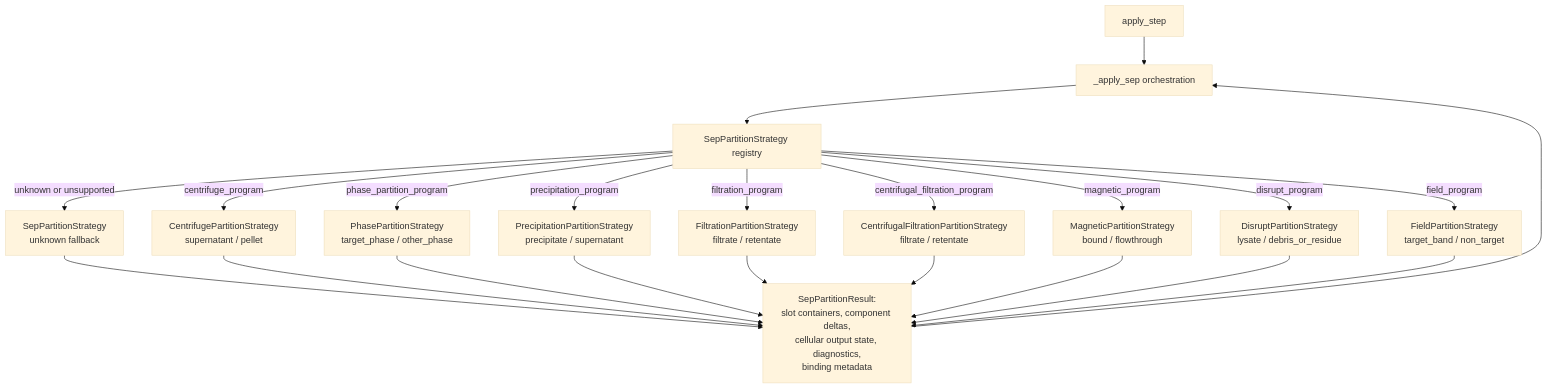
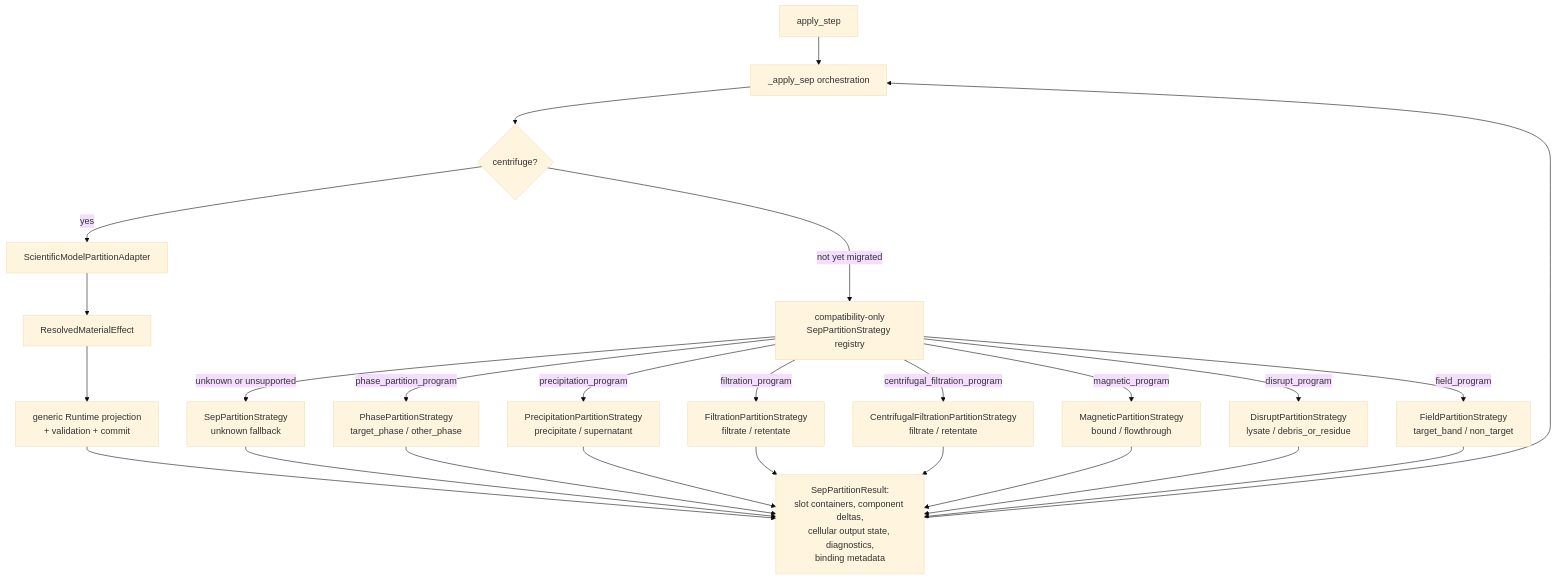
The eighth of 13 diagrams in docs/architecture/runtime_module_diagrams.md (culsma/culsma), drawn with Mermaid (base theme) before and after one commit. The commit also changed other lines of this file and 26 other files, not shown here.

Commit message:
feat(material): unify scientific model partition handoff

````diff
--- a/docs/architecture/runtime_module_diagrams.md
+++ b/docs/architecture/runtime_module_diagrams.md
@@ -564,38 +573,42 @@
 ```mermaid
 flowchart TB
     Apply["apply_step"]
     Sep["_apply_sep orchestration"]
-    Registry["SepPartitionStrategy registry"]
+    Gate{"centrifuge?"}
+    Adapter["ScientificModelPartitionAdapter"]
+    Effect["ResolvedMaterialEffect"]
+    Project["generic Runtime projection<br/>+ validation + commit"]
+    Registry["compatibility-only<br/>SepPartitionStrategy registry"]
     Default["SepPartitionStrategy<br/>unknown fallback"]
-    Centrifuge["CentrifugePartitionStrategy<br/>supernatant / pellet"]
     Phase["PhasePartitionStrategy<br/>target_phase / other_phase"]
     Precip["PrecipitationPartitionStrategy<br/>precipitate / supernatant"]
     Filter["FiltrationPartitionStrategy<br/>filtrate / retentate"]
     CentrifugalFilter["CentrifugalFiltrationPartitionStrategy<br/>filtrate / retentate"]
     Magnetic["MagneticPartitionStrategy<br/>bound / flowthrough"]
     Disrupt["DisruptPartitionStrategy<br/>lysate / debris_or_residue"]
     Field["FieldPartitionStrategy<br/>target_band / non_target"]
     Result["SepPartitionResult:<br/>slot containers, component deltas,<br/>cellular output state, diagnostics,<br/>binding metadata"]
 
     Apply --> Sep
-    Sep --> Registry
+    Sep --> Gate
+    Gate -->|yes| Adapter
+    Adapter --> Effect --> Project --> Result
+    Gate -->|not yet migrated| Registry
     Registry -->|unknown or unsupported| Default
-    Registry -->|centrifuge_program| Centrifuge
     Registry -->|phase_partition_program| Phase
     Registry -->|precipitation_program| Precip
     Registry -->|filtration_program| Filter
     Registry -->|centrifugal_filtration_program| CentrifugalFilter
     Registry -->|magnetic_program| Magnetic
     Registry -->|disrupt_program| Disrupt
     Registry -->|field_program| Field
     Default --> Result
-    Centrifuge --> Result
     Phase --> Result
     Precip --> Result
     Filter --> Result
     CentrifugalFilter --> Result
     Magnetic --> Result
     Disrupt --> Result
     Field --> Result
     Result --> Sep
 ```
````
